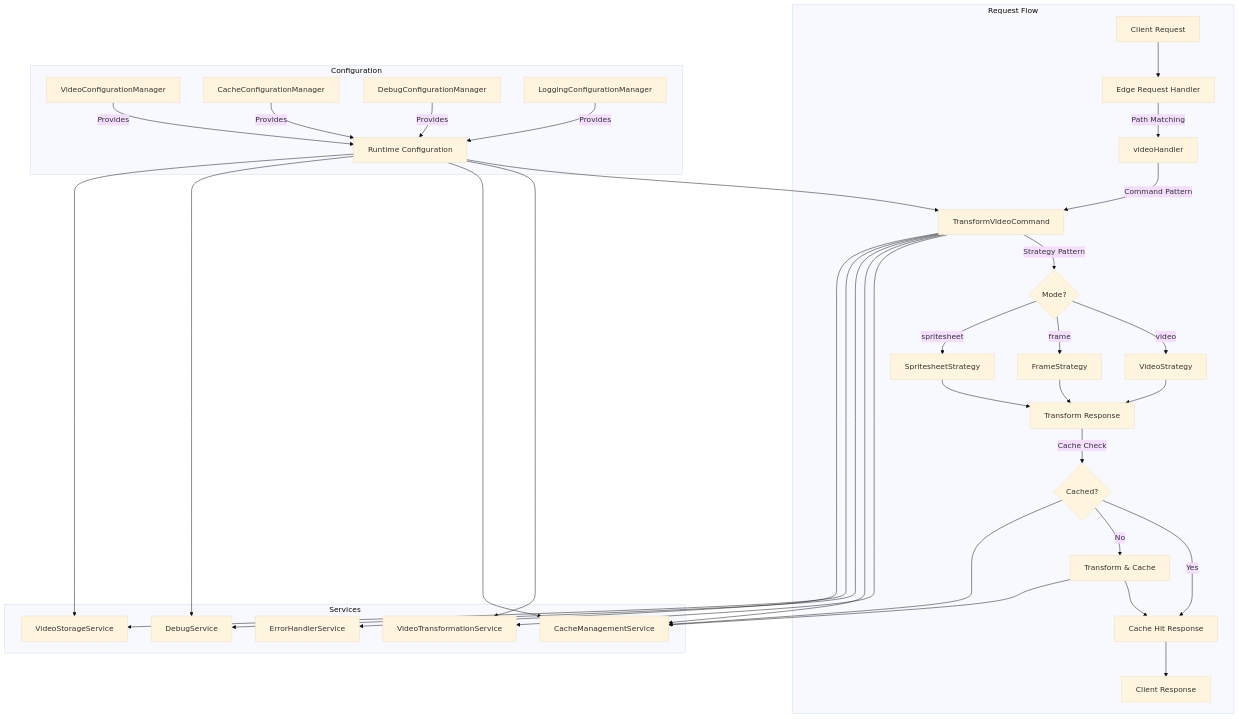
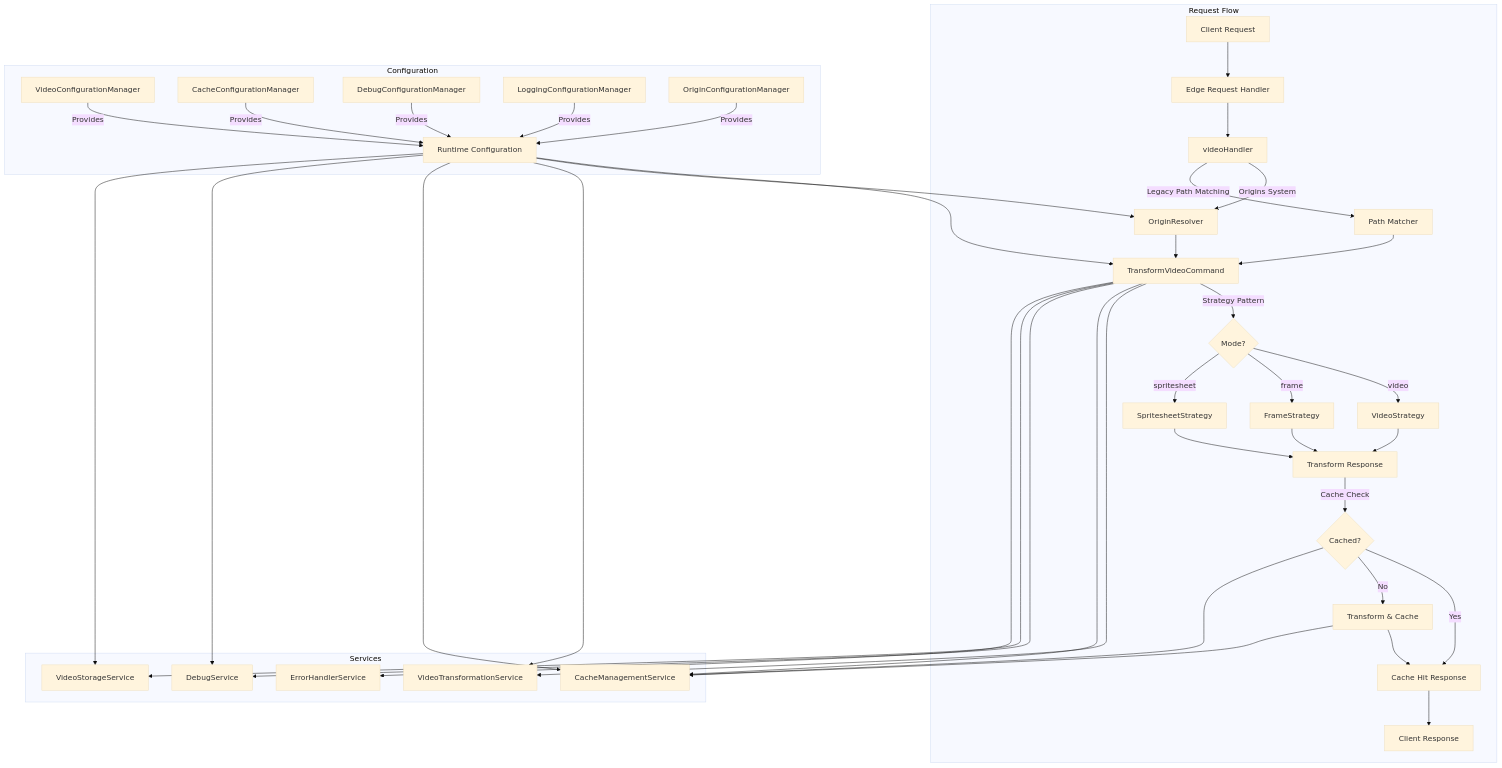
The first of 4 diagrams in docs/architecture/architecture-overview.md (erfianugrah/video-resizer), drawn with Mermaid (base theme) before and after one commit. The commit also changed other lines of this file, not shown here.

````diff
--- a/docs/architecture/architecture-overview.md
+++ b/docs/architecture/architecture-overview.md
@@ -36,48 +36,53 @@
 ```mermaid
 flowchart TB
     subgraph Request Flow
         A[Client Request] --> B[Edge Request Handler]
-        B --> |Path Matching| C[videoHandler]
-        C --> |Command Pattern| D[TransformVideoCommand]
+        B --> C[videoHandler]
+        C --> |Origins System| OR[OriginResolver]
+        C --> |Legacy Path Matching| PM[Path Matcher]
+        OR --> D[TransformVideoCommand]
+        PM --> D
         D --> |Strategy Pattern| E{Mode?}
         E --> |video| V[VideoStrategy]
         E --> |frame| F[FrameStrategy]
         E --> |spritesheet| S[SpritesheetStrategy]
         V & F & S --> P[Transform Response]
         P --> |Cache Check| Q{Cached?}
         Q --> |Yes| R[Cache Hit Response]
         Q --> |No| T[Transform & Cache]
         T --> R
         R --> Z[Client Response]
     end
     
     subgraph Configuration
         CM1[VideoConfigurationManager]
         CM2[CacheConfigurationManager]
         CM3[DebugConfigurationManager]
         CM4[LoggingConfigurationManager]
-        CM1 & CM2 & CM3 & CM4 --> |Provides| CONFIG[Runtime Configuration]
+        CM5[OriginConfigurationManager]
+        CM1 & CM2 & CM3 & CM4 & CM5 --> |Provides| CONFIG[Runtime Configuration]
     end
     
     subgraph Services
         SVC1[VideoTransformationService]
         SVC2[CacheManagementService]
         SVC3[DebugService]
         SVC4[VideoStorageService]
         SVC5[ErrorHandlerService]
     end
     
     D --> SVC1
     D --> SVC2
     Q --> SVC2
     T --> SVC2
     D --> SVC3
     D --> SVC4
     D --> SVC5
     
     CONFIG --> D
+    CONFIG --> OR
     CONFIG --> SVC1
     CONFIG --> SVC2
     CONFIG --> SVC3
     CONFIG --> SVC4
 ```
````
